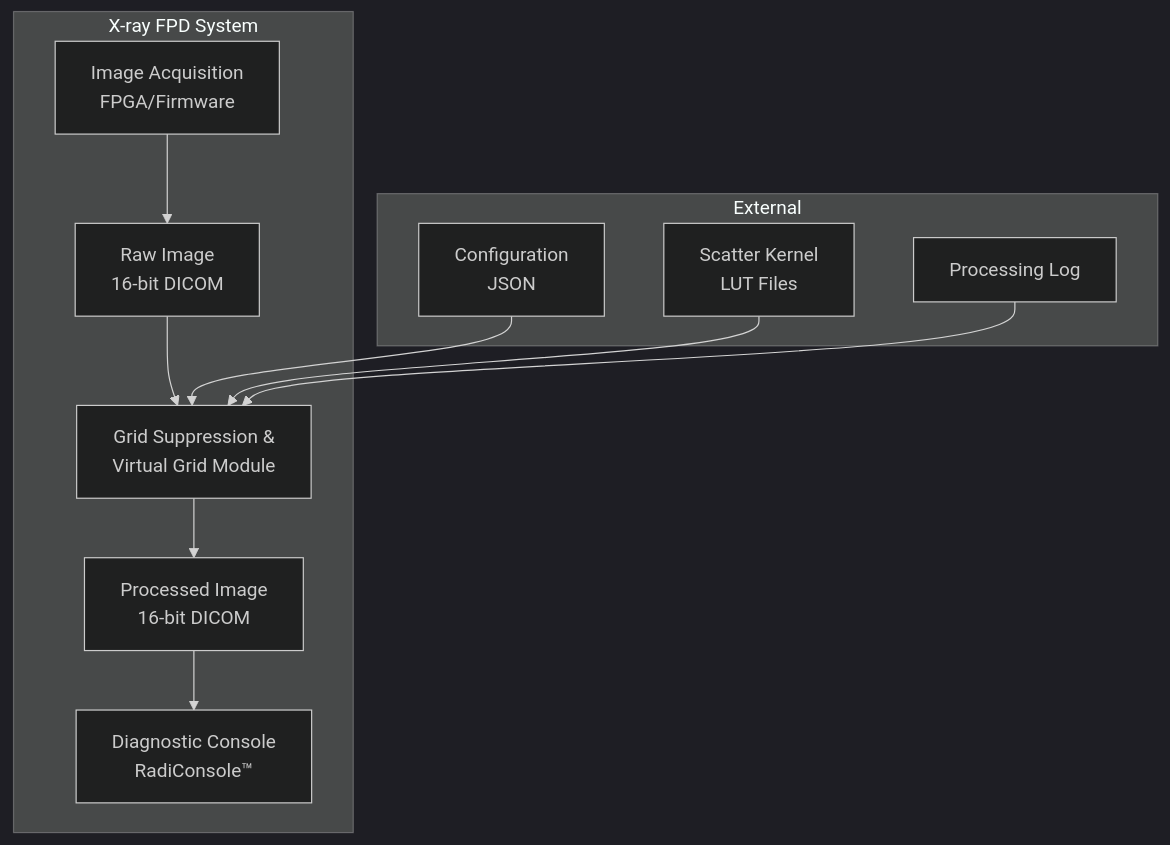
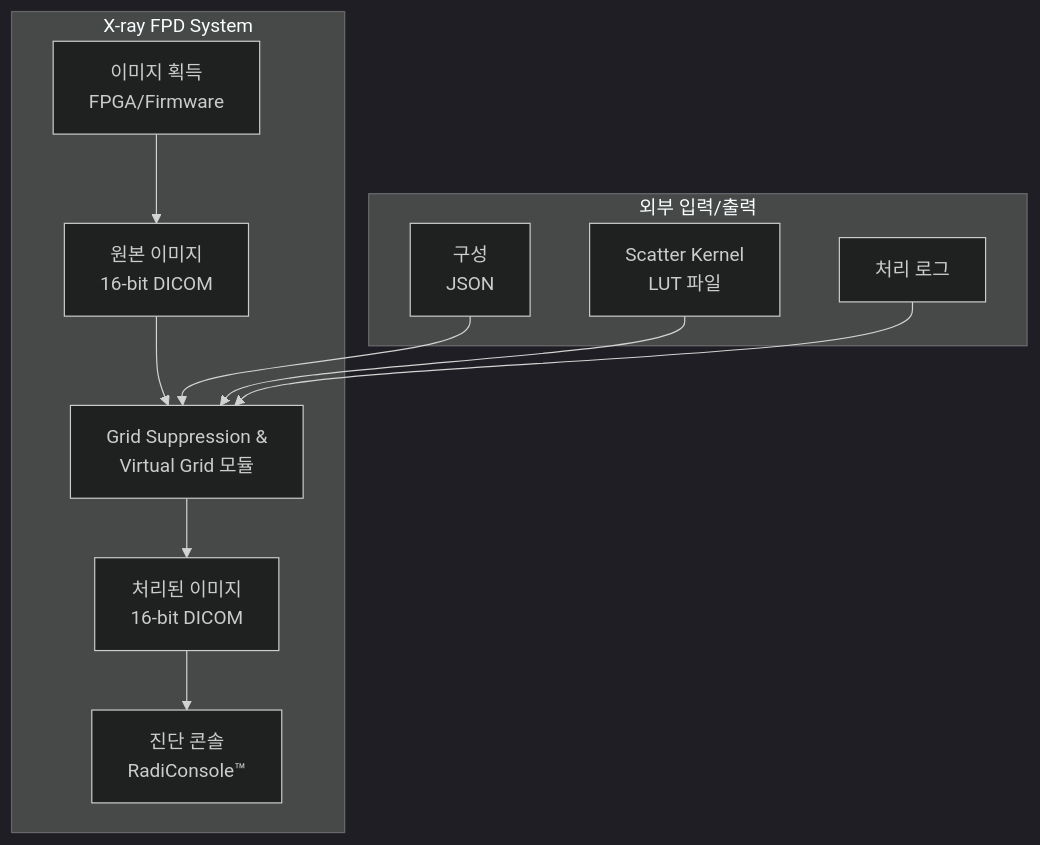
One commit to holee9/image-processing changed the fourth of 13 diagrams in docs/post-processing/gsvg/GSVG_IEC62304_ClassB_Document_Package.md. Above: the diagram before and after it, drawn with Mermaid (dark theme). The commit also changed other lines of this file and 51 other files, not shown here.

````diff
--- a/docs/post-processing/gsvg/GSVG_IEC62304_ClassB_Document_Package.md
+++ b/docs/post-processing/gsvg/GSVG_IEC62304_ClassB_Document_Package.md
@@ -231,15 +231,15 @@
 ```mermaid
 graph TB
     subgraph "X-ray FPD System"
-        ACQ[Image Acquisition<br/>FPGA/Firmware] --> RAW[Raw Image<br/>16-bit DICOM]
-        RAW --> GSVG[Grid Suppression &<br/>Virtual Grid Module]
-        GSVG --> PROC[Processed Image<br/>16-bit DICOM]
-        PROC --> CONSOLE[Diagnostic Console<br/>RadiConsole™]
+        ACQ[이미지 획득<br/>FPGA/Firmware] --> RAW[원본 이미지<br/>16-bit DICOM]
+        RAW --> GSVG[Grid Suppression &<br/>Virtual Grid 모듈]
+        GSVG --> PROC[처리된 이미지<br/>16-bit DICOM]
+        PROC --> CONSOLE[진단 콘솔<br/>RadiConsole™]
     end
     
-    subgraph "External"
-        CONFIG[Configuration<br/>JSON] --> GSVG
-        LUT[Scatter Kernel<br/>LUT Files] --> GSVG
-        LOG[Processing Log] --> GSVG
+    subgraph "외부 입력/출력"
+        CONFIG[구성<br/>JSON] --> GSVG
+        LUT[Scatter Kernel<br/>LUT 파일] --> GSVG
+        LOG[처리 로그] --> GSVG
     end
 ```
````
